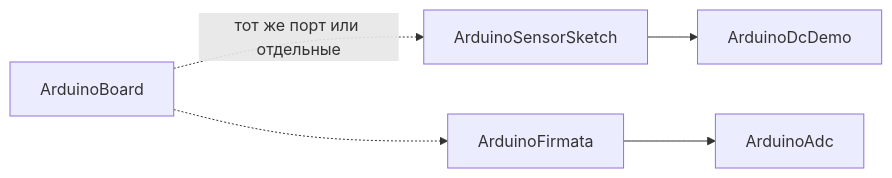
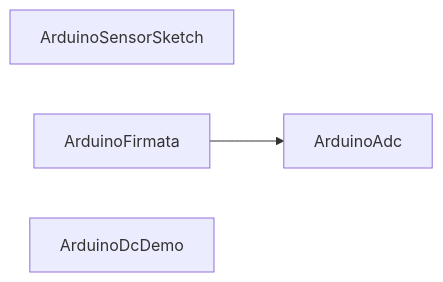
One commit to aicommunity/Rdk-HardwareLib changed the second of 2 diagrams in Docs/Architecture.md. Above: the diagram before and after it, drawn with Mermaid. The commit also changed other lines of this file and 12 other files, not shown here.

First line of the commit message:
docs(hardware): update Architecture, API, GUI, and component guides

````diff
--- a/Docs/Architecture.md
+++ b/Docs/Architecture.md
@@ -94,13 +115,9 @@
 ```mermaid
 flowchart LR
-  Board[ArduinoBoard]
   Sketch[ArduinoSensorSketch]
   Firmata[ArduinoFirmata]
   Adc[ArduinoAdc]
   Dc[ArduinoDcDemo]
 
-  Board -.->|тот же порт или отдельные| Sketch
-  Board -.-> Firmata
   Firmata --> Adc
-  Sketch --> Dc
 ```
````
